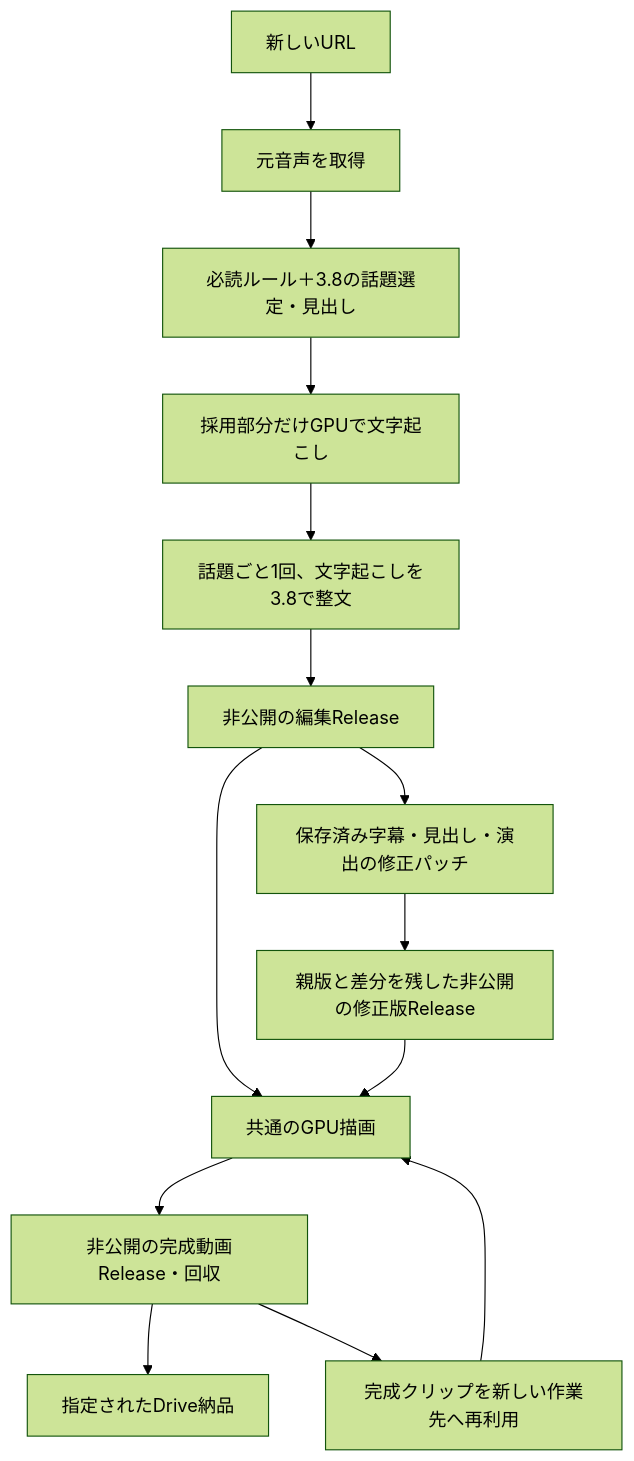
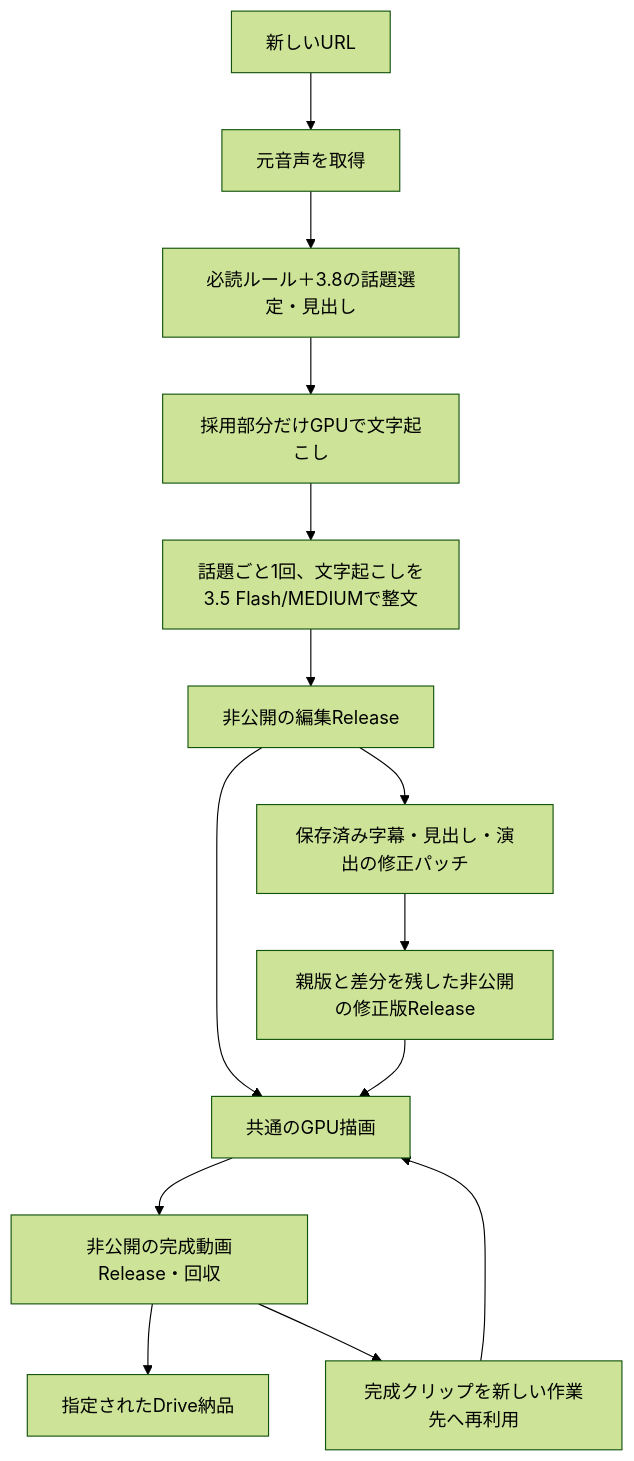
One commit to nyu1791-collab/ClipForge changed the diagram in docs/PRODUCTION_AND_REVISION.md. Above: the diagram before and after it, drawn with Mermaid (forest theme). The commit also changed 10 other files, not shown here.

````diff
--- a/docs/PRODUCTION_AND_REVISION.md
+++ b/docs/PRODUCTION_AND_REVISION.md
@@ -7,16 +7,16 @@
 ```mermaid
 flowchart TD
   A[新しいURL] --> B[元音声を取得]
   B --> C[必読ルール＋3.8の話題選定・見出し]
   C --> X[採用部分だけGPUで文字起こし]
-  X --> D[話題ごと1回、文字起こしを3.8で整文]
+  X --> D[話題ごと1回、文字起こしを3.5 Flash/MEDIUMで整文]
   D --> E[非公開の編集Release]
   E --> F[共通のGPU描画]
   F --> G[非公開の完成動画Release・回収]
   G --> H[指定されたDrive納品]
   E --> I[保存済み字幕・見出し・演出の修正パッチ]
   I --> J[親版と差分を残した非公開の修正版Release]
   J --> F
   G --> K[完成クリップを新しい作業先へ再利用]
   K --> F
 ```
````
